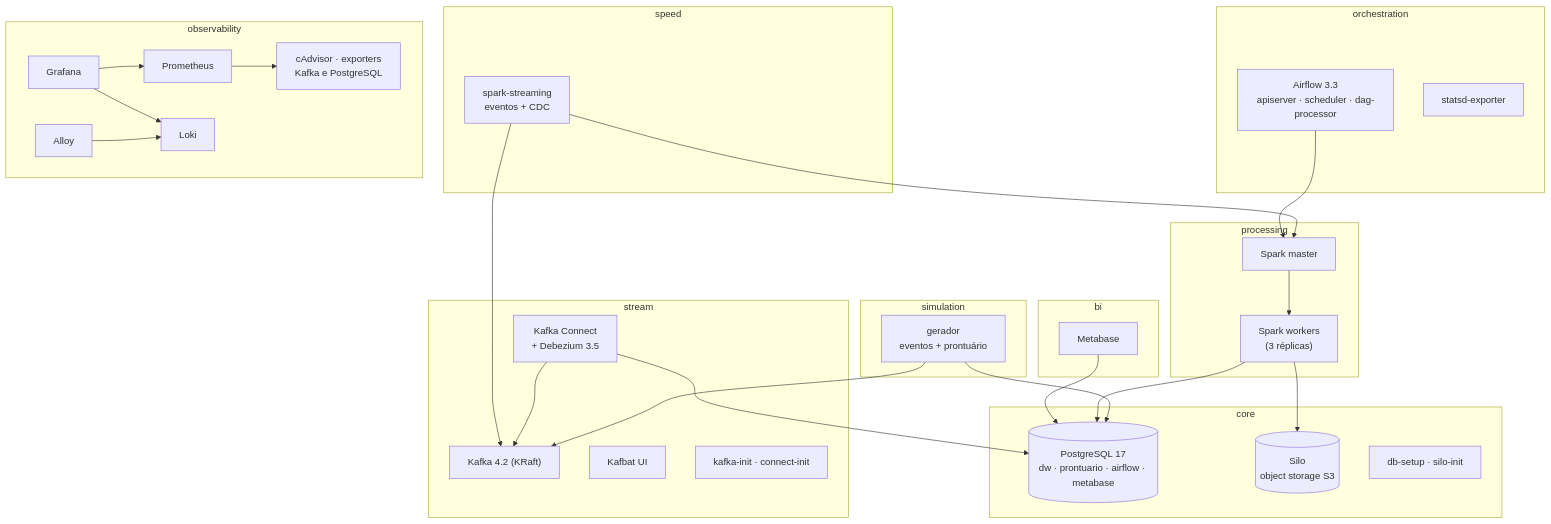
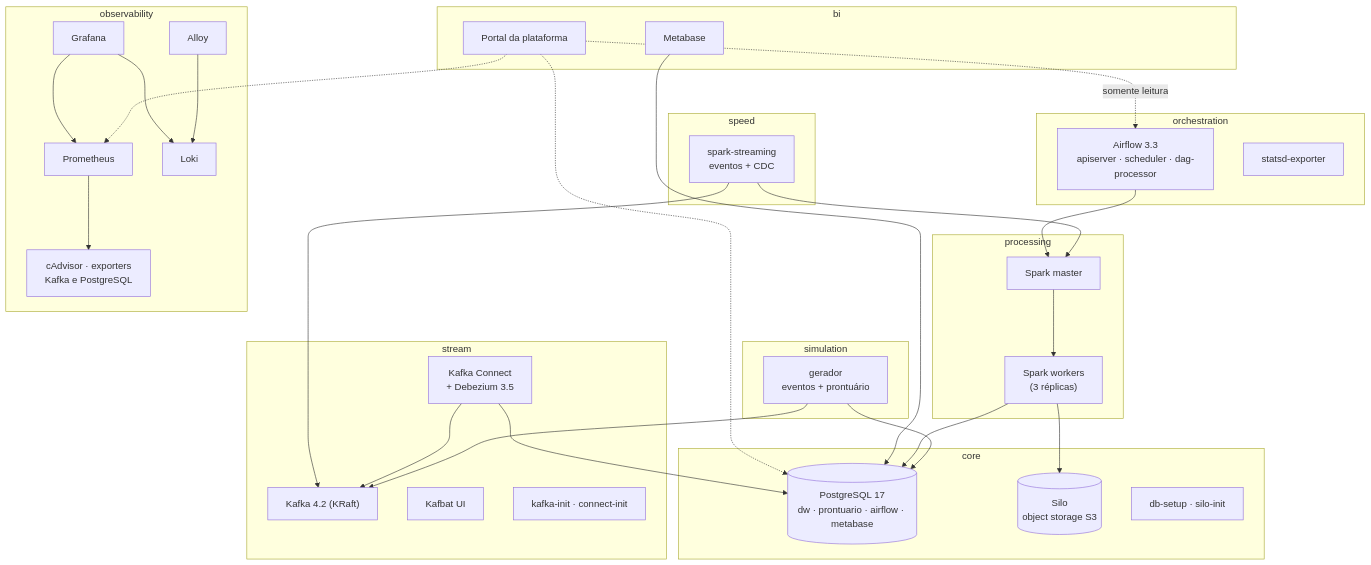
Before and after one commit to Dx028/case-saude: the second of 6 diagrams in README.md, drawn with Mermaid. The commit also changed other lines of this file and 16 other files, not shown here.

````diff
--- a/README.md
+++ b/README.md
@@ -133,54 +136,58 @@
 ```mermaid
 flowchart TB
     subgraph CORE["core"]
         PG[("PostgreSQL 17<br/>dw · prontuario · airflow · metabase")]
         SILO[("Silo<br/>object storage S3")]
         INIT1["db-setup · silo-init"]
     end
     subgraph STREAM["stream"]
         KAFKA["Kafka 4.2 (KRaft)"]
         CONNECT["Kafka Connect<br/>+ Debezium 3.5"]
         KUI["Kafbat UI"]
         INIT2["kafka-init · connect-init"]
     end
     subgraph PROCESSING["processing"]
         SM["Spark master"]
         SW["Spark workers<br/>(3 réplicas)"]
     end
     subgraph SPEEDP["speed"]
         SS["spark-streaming<br/>eventos + CDC"]
     end
     subgraph ORCH["orchestration"]
         AFS["Airflow 3.3<br/>apiserver · scheduler · dag-processor"]
         STATSD["statsd-exporter"]
     end
     subgraph BIP["bi"]
         MB["Metabase"]
+        PORTAL["Portal da plataforma"]
     end
     subgraph SIM["simulation"]
         GEN["gerador<br/>eventos + prontuário"]
     end
     subgraph OBS["observability"]
         PROM["Prometheus"]
         GRAF["Grafana"]
         LOKI["Loki"]
         ALLOY["Alloy"]
         EXP["cAdvisor · exporters<br/>Kafka e PostgreSQL"]
     end
 
     GEN --> KAFKA
     GEN --> PG
     CONNECT --> PG
     CONNECT --> KAFKA
     SS --> KAFKA
     SS --> SM
     AFS --> SM
     SM --> SW
     SW --> SILO
     SW --> PG
     MB --> PG
+    PORTAL -.->|"somente leitura"| AFS
+    PORTAL -.-> PROM
+    PORTAL -.-> PG
     PROM --> EXP
     ALLOY --> LOKI
     GRAF --> PROM
     GRAF --> LOKI
 ```
````
